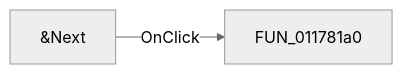
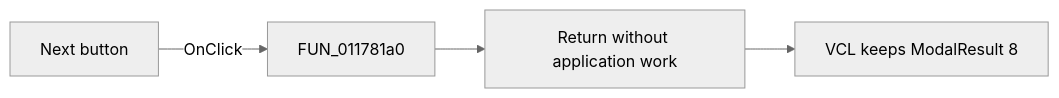
Before and after one commit to MovGP0/TIARA: the diagram in docs/ui-controls/response-form1/nextbutton1-11389258ae.md, drawn with Mermaid (neutral theme). The commit also changed other lines of this file and 1062 other files, not shown here.

````diff
--- a/docs/ui-controls/response-form1/nextbutton1-11389258ae.md
+++ b/docs/ui-controls/response-form1/nextbutton1-11389258ae.md
@@ -27,4 +25,6 @@
 ```mermaid
 flowchart LR
-    control["&Next"] -->|OnClick| handler["FUN_011781a0"]
+    control["Next button"] -->|OnClick| handler["FUN_011781a0"]
+    handler --> noop["Return without application work"]
+    noop --> modal["VCL keeps ModalResult 8"]
 ```
````
